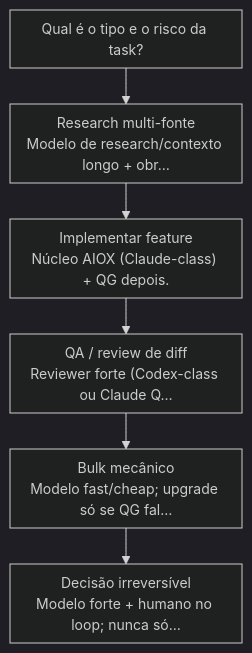
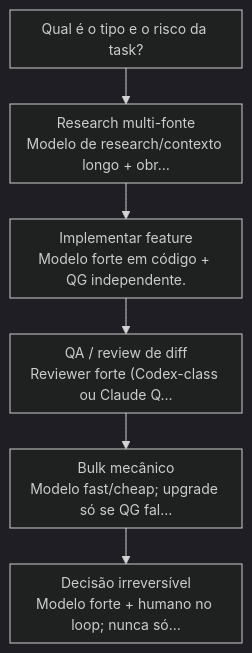
Before and after one commit to CALLBACK-Online/aiox-advanced-brain: the first of 2 diagrams in cursos/AIOX-Agent-Engineering/aulas/19-routing-de-modelos.md, drawn with Mermaid. The commit also changed other lines of this file and 400 other files, not shown here.

````diff
--- a/cursos/AIOX-Agent-Engineering/aulas/19-routing-de-modelos.md
+++ b/cursos/AIOX-Agent-Engineering/aulas/19-routing-de-modelos.md
@@ -23,34 +22,34 @@
 ```mermaid
 %%{init: {
   "theme": "dark",
   "flowchart": {
     "curve": "basis",
     "nodeSpacing": 22,
     "rankSpacing": 36,
     "padding": 8,
     "htmlLabels": true,
     "useMaxWidth": true
   },
   "themeVariables": {
     "fontSize": "14px"
   }
 }}%%
 flowchart TB
   Q["Qual é o tipo e o risco da task?"]
   B0["Research multi-fonte<br/>Modelo de research/contexto longo + obr…"]
-  B1["Implementar feature<br/>Núcleo AIOX (Claude-class) + QG depois."]
+  B1["Implementar feature<br/>Modelo forte em código + QG independente."]
   B2["QA / review de diff<br/>Reviewer forte (Codex-class ou Claude Q…"]
   B3["Bulk mecânico<br/>Modelo fast/cheap; upgrade só se QG fal…"]
   B4["Decisão irreversível<br/>Modelo forte + humano no loop; nunca só…"]
   Q --> B0
   B0 --> B1
   B1 --> B2
   B2 --> B3
   B3 --> B4
 classDef core fill:#1e1b4b,stroke:#818cf8,stroke-width:2px,color:#e2e8f0
   classDef step fill:#0f172a,stroke:#6366f1,stroke-width:1.5px,color:#f1f5f9
   classDef gate fill:#312e81,stroke:#a5b4fc,stroke-width:2px,color:#e2e8f0
   classDef good fill:#14532d,stroke:#4ade80,stroke-width:1.5px,color:#ecfdf5
   classDef bad fill:#450a0a,stroke:#f87171,stroke-width:1.5px,color:#fef2f2
   classDef warn fill:#422006,stroke:#fbbf24,stroke-width:1.5px,color:#fffbeb
 ```
````
